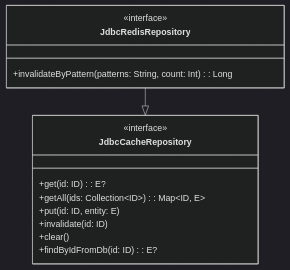
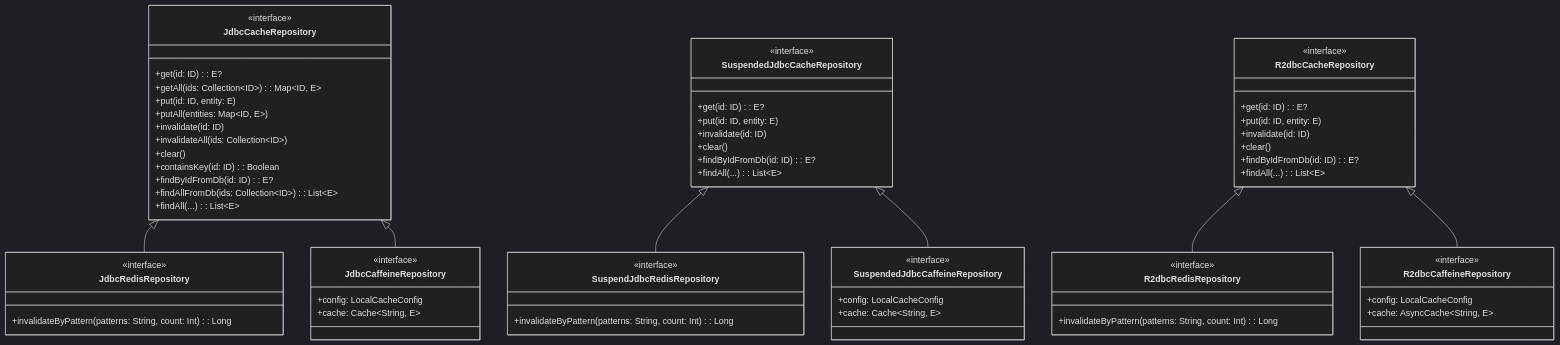
One commit to bluetape4k/bluetape4k-projects changed the first of 3 diagrams in data/exposed-cache/README.ko.md. Above: the diagram before and after it, drawn with Mermaid (dark theme). The commit also changed other lines of this file and 5 other files, not shown here.

First line of the commit message:
docs: exposed-cache 허브 README + caffeine 모듈 README 작성

````diff
--- a/data/exposed-cache/README.ko.md
+++ b/data/exposed-cache/README.ko.md
@@ -13,17 +26,71 @@
 ```mermaid
 classDiagram
+    direction TB
+
     class JdbcCacheRepository {
         <<interface>>
         +get(id: ID): E?
         +getAll(ids: Collection~ID~): Map~ID, E~
         +put(id: ID, entity: E)
+        +putAll(entities: Map~ID, E~)
         +invalidate(id: ID)
+        +invalidateAll(ids: Collection~ID~)
         +clear()
+        +containsKey(id: ID): Boolean
         +findByIdFromDb(id: ID): E?
+        +findAllFromDb(ids: Collection~ID~): List~E~
+        +findAll(...): List~E~
     }
     class JdbcRedisRepository {
         <<interface>>
         +invalidateByPattern(patterns: String, count: Int): Long
     }
-    JdbcRedisRepository --|> JdbcCacheRepository
+    class JdbcCaffeineRepository {
+        <<interface>>
+        +config: LocalCacheConfig
+        +cache: Cache~String, E~
+    }
+    class SuspendedJdbcCacheRepository {
+        <<interface>>
+        +get(id: ID): E?
+        +put(id: ID, entity: E)
+        +invalidate(id: ID)
+        +clear()
+        +findByIdFromDb(id: ID): E?
+        +findAll(...): List~E~
+    }
+    class SuspendJdbcRedisRepository {
+        <<interface>>
+        +invalidateByPattern(patterns: String, count: Int): Long
+    }
+    class SuspendedJdbcCaffeineRepository {
+        <<interface>>
+        +config: LocalCacheConfig
+        +cache: Cache~String, E~
+    }
+    class R2dbcCacheRepository {
+        <<interface>>
+        +get(id: ID): E?
+        +put(id: ID, entity: E)
+        +invalidate(id: ID)
+        +clear()
+        +findByIdFromDb(id: ID): E?
+        +findAll(...): List~E~
+    }
+    class R2dbcRedisRepository {
+        <<interface>>
+        +invalidateByPattern(patterns: String, count: Int): Long
+    }
+    class R2dbcCaffeineRepository {
+        <<interface>>
+        +config: LocalCacheConfig
+        +cache: AsyncCache~String, E~
+    }
+
+    JdbcCacheRepository <|-- JdbcRedisRepository
+    JdbcCacheRepository <|-- JdbcCaffeineRepository
+    SuspendedJdbcCacheRepository <|-- SuspendJdbcRedisRepository
+    SuspendedJdbcCacheRepository <|-- SuspendedJdbcCaffeineRepository
+    R2dbcCacheRepository <|-- R2dbcRedisRepository
+    R2dbcCacheRepository <|-- R2dbcCaffeineRepository
 ```
````
